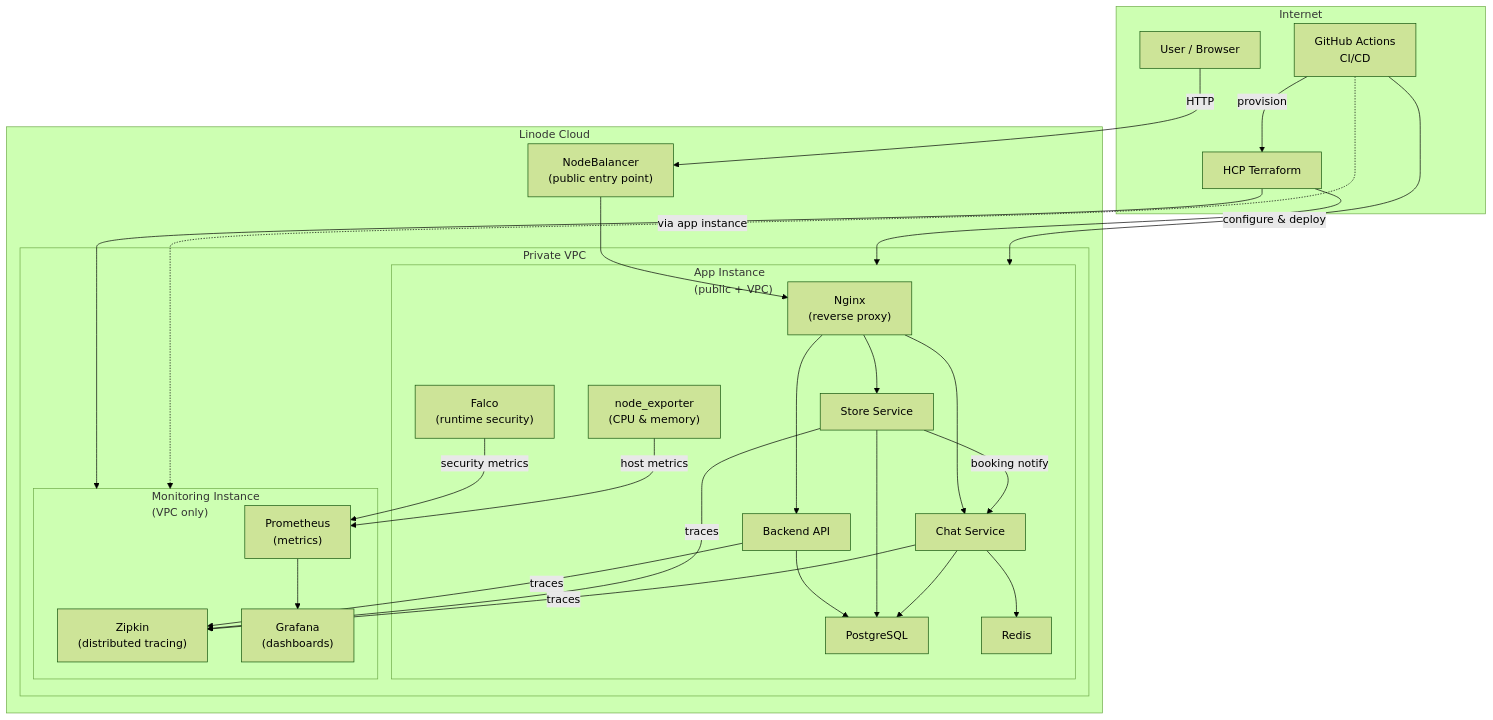
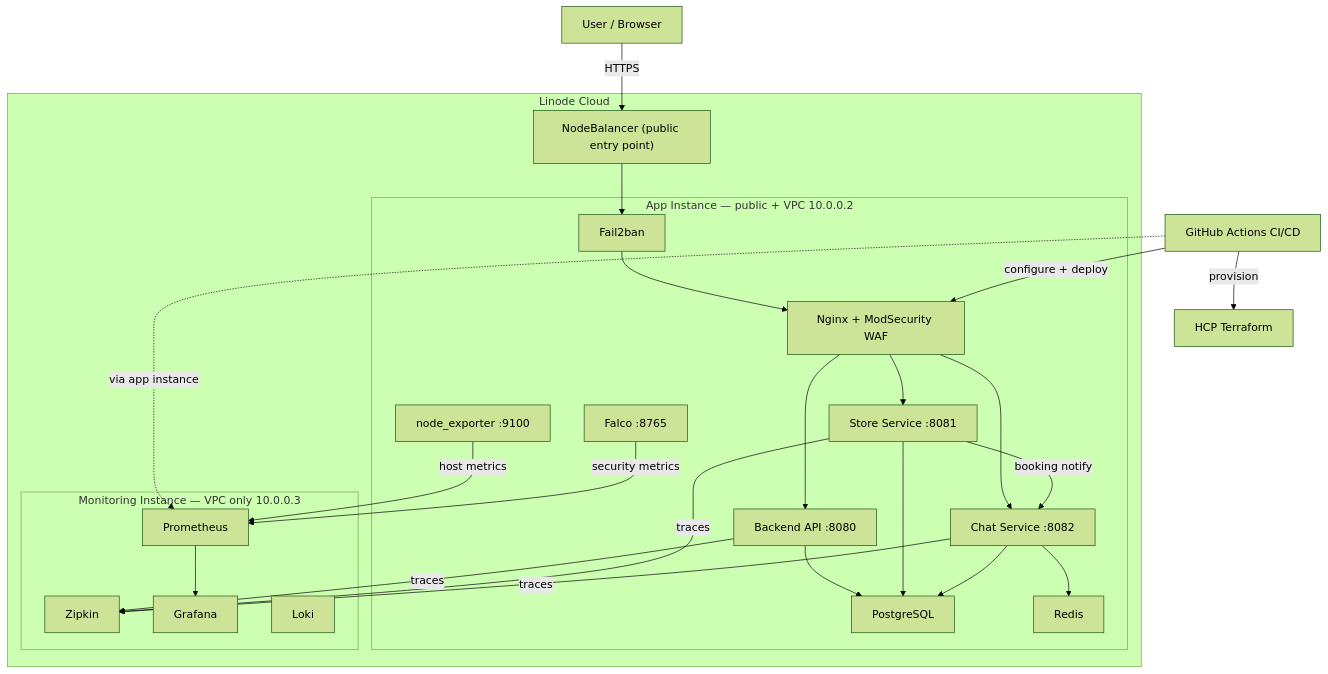
Before and after one commit to kennethatria/myGuy: the diagram in README.md, drawn with Mermaid (forest theme). The commit also changed other lines of this file, not shown here.

````diff
--- a/README.md
+++ b/README.md
@@ -13,52 +13,50 @@
 ```mermaid
 graph TB
-    subgraph Internet["Internet"]
-        User["User / Browser"]
-        GHA["GitHub Actions\nCI/CD"]
-        HCP["HCP Terraform"]
-    end
+    User["User / Browser"]
+    GHA["GitHub Actions CI/CD"]
+    HCP["HCP Terraform"]
 
     subgraph Linode["Linode Cloud"]
-        NB["NodeBalancer\n(public entry point)"]
+        NB["NodeBalancer (public entry point)"]
 
-        subgraph VPC["Private VPC"]
-            subgraph AppInstance["App Instance\n(public + VPC)"]
-                NGINX["Nginx\n(reverse proxy)"]
-                API["Backend API"]
-                STORE["Store Service"]
-                CHAT["Chat Service"]
-                PG["PostgreSQL"]
-                REDIS["Redis"]
-                NE["node_exporter\n(CPU & memory)"]
-                FALCO["Falco\n(runtime security)"]
-            end
+        subgraph AppInstance["App Instance — public + VPC 10.0.0.2"]
+            F2B["Fail2ban"]
+            NGINX["Nginx + ModSecurity WAF"]
+            API["Backend API :8080"]
+            STORE["Store Service :8081"]
+            CHAT["Chat Service :8082"]
+            PG["PostgreSQL"]
+            REDIS["Redis"]
+            NE["node_exporter :9100"]
+            FALCO["Falco :8765"]
+        end
 
-            subgraph MonInstance["Monitoring Instance\n(VPC only)"]
-                ZIPKIN["Zipkin\n(distributed tracing)"]
-                PROM["Prometheus\n(metrics)"]
-                GRAFANA["Grafana\n(dashboards)"]
-            end
+        subgraph MonInstance["Monitoring Instance — VPC only 10.0.0.3"]
+            ZIPKIN["Zipkin"]
+            PROM["Prometheus"]
+            GRAFANA["Grafana"]
+            LOKI["Loki"]
         end
     end
 
-    User -->|"HTTP"| NB
-    NB --> NGINX
+    User -->|HTTPS| NB
+    NB --> F2B
+    F2B --> NGINX
     NGINX --> API
     NGINX --> STORE
     NGINX --> CHAT
-    API & STORE & CHAT --> PG
+    API --> PG
+    STORE --> PG
+    CHAT --> PG
     CHAT --> REDIS
-    STORE -->|"booking notify"| CHAT
-
-    API & STORE & CHAT -->|"traces"| ZIPKIN
-
-    FALCO -->|"security metrics"| PROM
-    NE -->|"host metrics"| PROM
+    STORE -->|booking notify| CHAT
+    API -->|traces| ZIPKIN
+    STORE -->|traces| ZIPKIN
+    CHAT -->|traces| ZIPKIN
+    NE -->|host metrics| PROM
+    FALCO -->|security metrics| PROM
     PROM --> GRAFANA
-
-    GHA -->|"provision"| HCP
-    HCP --> AppInstance
-    HCP --> MonInstance
-    GHA -->|"configure & deploy"| AppInstance
-    GHA -.->|"via app instance"| MonInstance
+    GHA -->|provision| HCP
+    GHA -->|configure + deploy| NGINX
+    GHA -.->|via app instance| PROM
 ```
````
